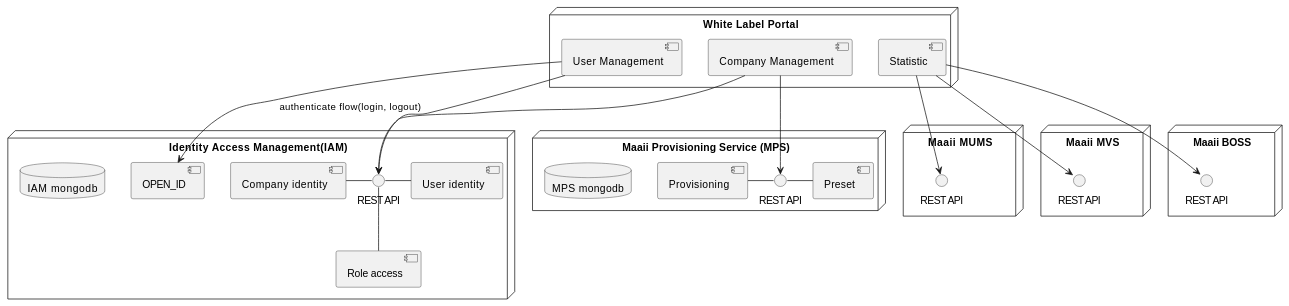
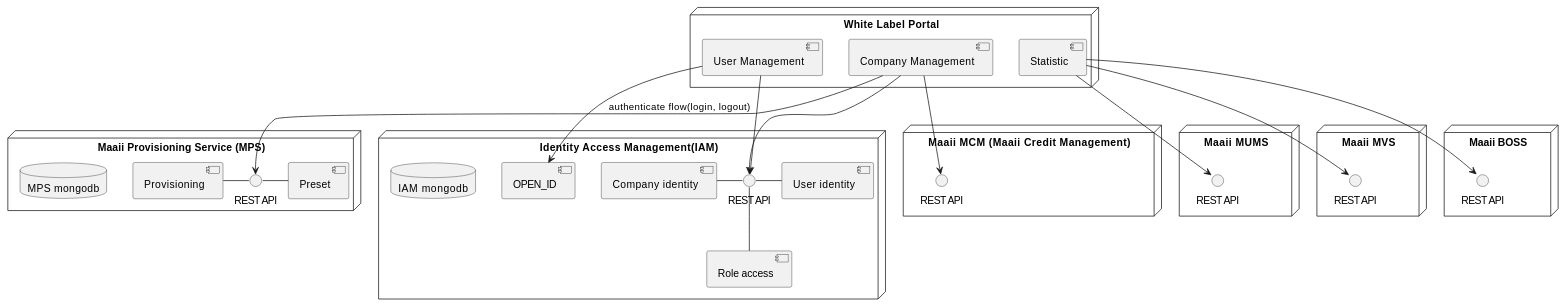
Before and after one commit to hhhuangqiong/WLP: the diagram in docs/ARCHITECTURE.md, drawn with PlantUML. The commit also changed other lines of this file and 10 other files, not shown here.

Commit message:
Added MCM (M800 Credit Management) endpoints - Mentioned MCM in the architecture docs - Implemented basic api client for MCM Change-Id: I90667412b4ed40762dab5e622c11774da0f81255 JIRA: WLP-1041

```diff
--- a/docs/ARCHITECTURE.md
+++ b/docs/ARCHITECTURE.md
@@ -7,43 +7,48 @@
 {% plantuml %}
 node "White Label Portal" {
   [Company Management] as WLP_COMPANY_MGMT
   [User Management] as WLP_USER_MGMT
   [Statistic] as WLP_STAT
 }
 
 node "Identity Access Management(IAM)" {
   interface "REST API" as IAM_REST
   [Company identity] - IAM_REST
   IAM_REST - [User identity]
   IAM_REST -d- [Role access]
   [OPEN_ID]
   database "IAM mongodb"
 }
 
 node "Maaii Provisioning Service (MPS)" {
   interface "REST API" as MPS_REST
   [Provisioning] - MPS_REST
   MPS_REST - [Preset]
   database "MPS mongodb"
 }
 
+node "Maaii MCM (Maaii Credit Management)" {
+  interface "REST API" as MCM_REST
+}
+
 node "Maaii MUMS" {
   interface "REST API" as MUMS_REST
 }
 
 node "Maaii MVS" {
   interface "REST API" as MVS_REST
 }
 
 node "Maaii BOSS" {
   interface "REST API" as BOSS_REST
 }
 
 [WLP_COMPANY_MGMT] --> MPS_REST
 [WLP_COMPANY_MGMT] --> IAM_REST
+[WLP_COMPANY_MGMT] --> MCM_REST
 [WLP_USER_MGMT] --> IAM_REST
 [WLP_USER_MGMT] --> [OPEN_ID] : authenticate flow(login, logout)
 [WLP_STAT] --> MUMS_REST
 [WLP_STAT] --> MVS_REST
 [WLP_STAT] --> BOSS_REST
 {% endplantuml %}
```
